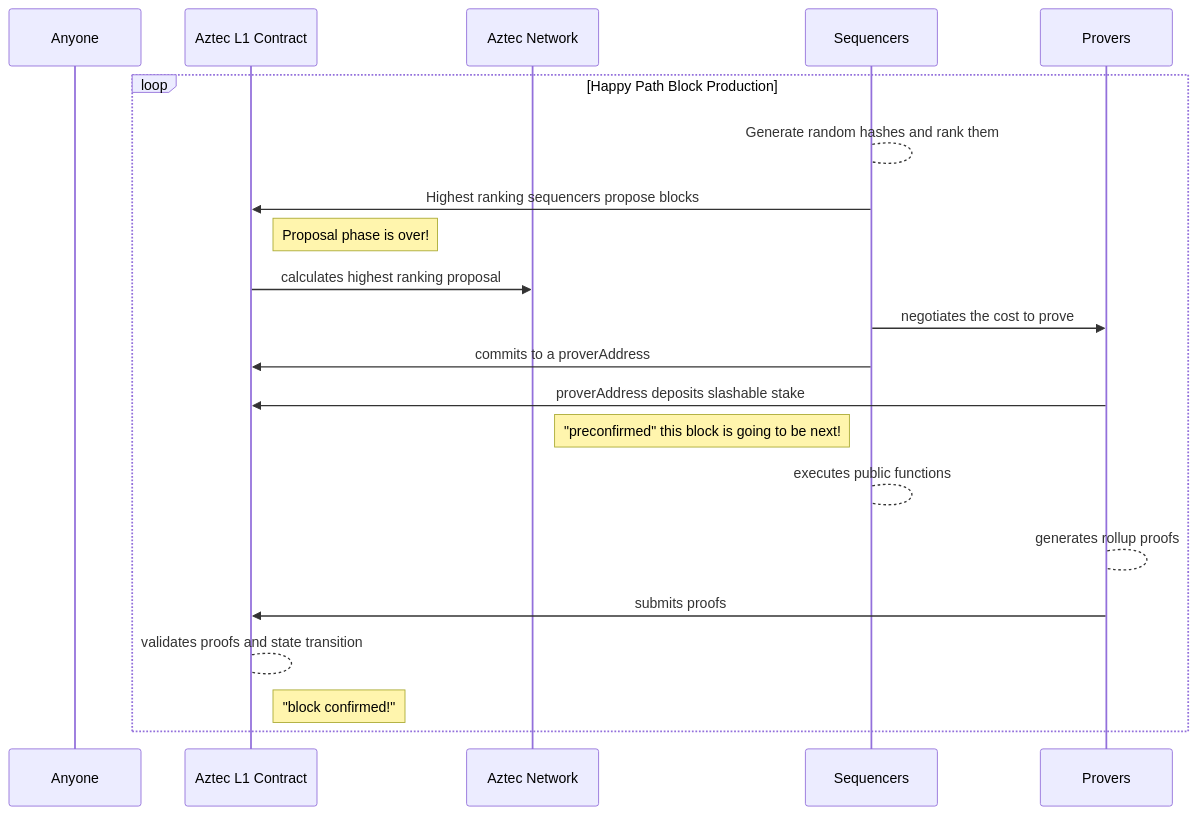
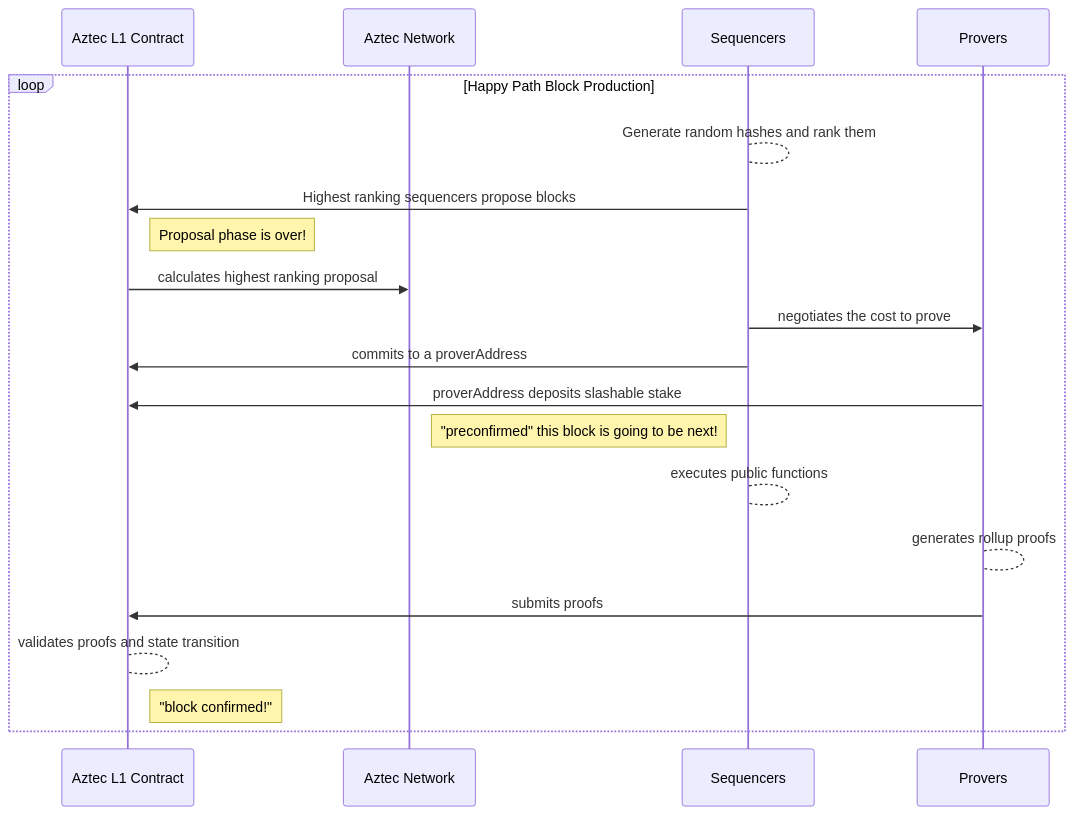
Before and after one commit to AztecProtocol/aztec-packages: the second of 9 diagrams in yellow-paper/docs/decentralisation/block_production.md, drawn with Mermaid. The commit also changed other lines of this file and 1 other file, not shown here.

Commit message:
chore: add figure + update diagram

````diff
--- a/yellow-paper/docs/decentralisation/block_production.md
+++ b/yellow-paper/docs/decentralisation/block_production.md
@@ -131,25 +125,24 @@
 ```mermaid
 sequenceDiagram
 
-participant Anyone 
 participant Contract as Aztec L1 Contract
 participant Network as Aztec Network
 participant Sequencers
 participant Provers
 
 loop Happy Path Block Production
     Sequencers --> Sequencers: Generate random hashes and rank them
     Sequencers ->> Contract: Highest ranking sequencers propose blocks
     Note right of Contract: Proposal phase is over!
     Contract ->> Network: calculates highest ranking proposal
     Sequencers ->> Provers: negotiates the cost to prove
     Sequencers ->> Contract: commits to a proverAddress
     Provers ->> Contract: proverAddress deposits slashable stake
     Note right of Network: "preconfirmed" this block is going to be next!
     Sequencers --> Sequencers: executes public functions
     Provers --> Provers: generates rollup proofs
     Provers ->> Contract: submits proofs
     Contract --> Contract: validates proofs and state transition
     Note right of Contract: "block confirmed!"
 end 
 ```
````
